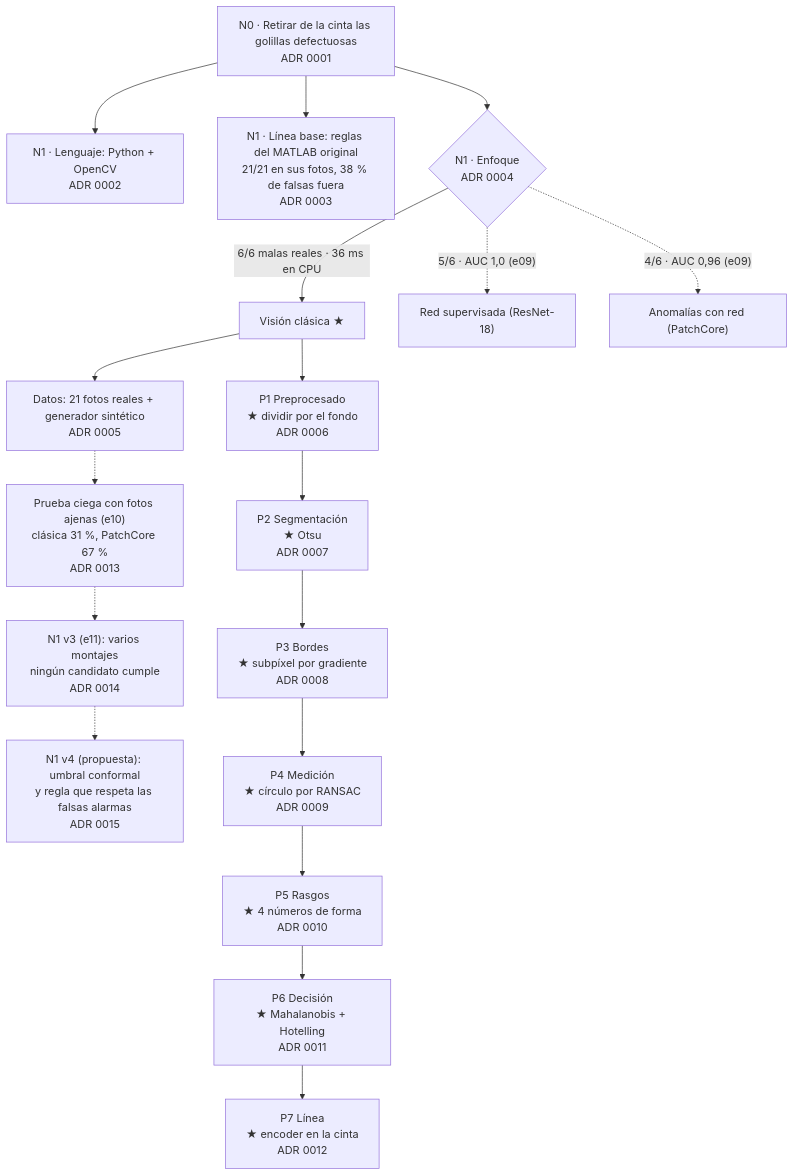
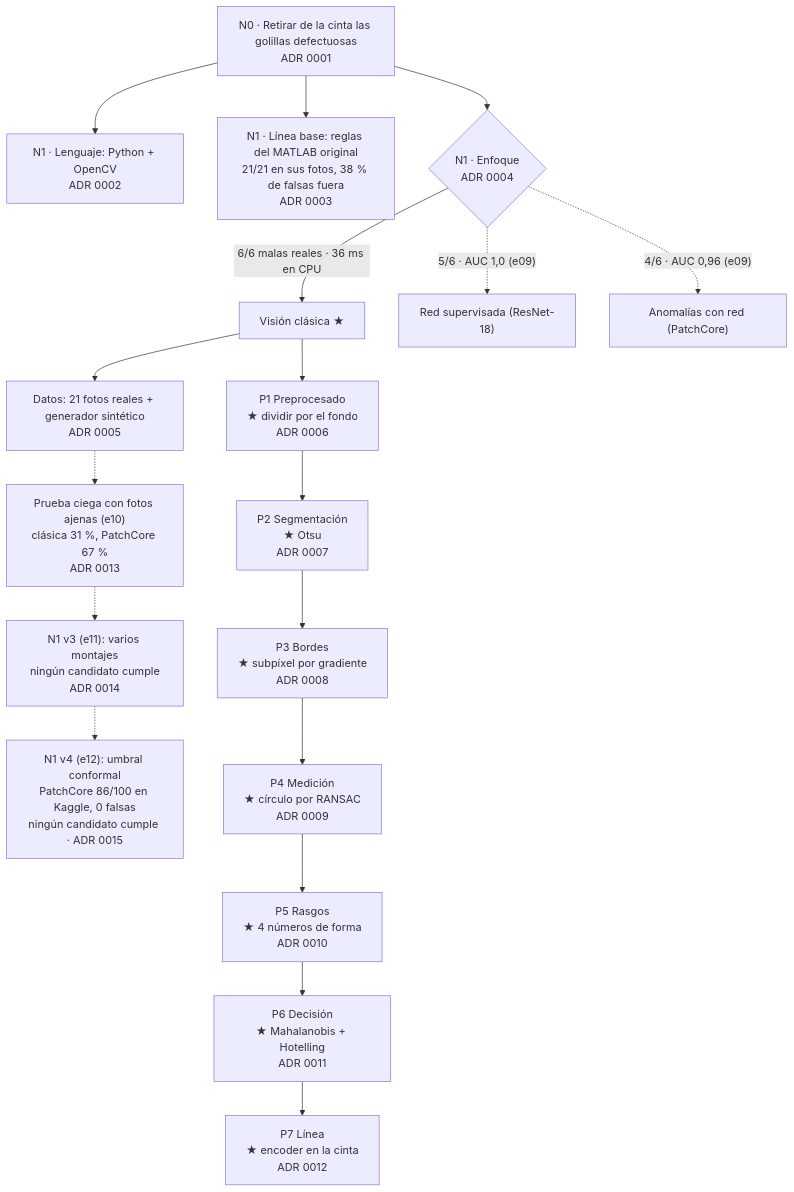
Before and after one commit to CarryMankeke/inspeccion-golillas: the diagram in docs/arbol.md, drawn with Mermaid. The commit also changed 14 other files, not shown here.

````diff
--- a/docs/arbol.md
+++ b/docs/arbol.md
@@ -12,21 +12,21 @@
 ```mermaid
 flowchart TD
     N0["N0 · Retirar de la cinta las golillas defectuosas<br/>ADR 0001"]
     N0 --> L["N1 · Lenguaje: Python + OpenCV<br/>ADR 0002"]
     N0 --> B["N1 · Línea base: reglas del MATLAB original<br/>21/21 en sus fotos, 38 % de falsas fuera<br/>ADR 0003"]
     N0 --> E{"N1 · Enfoque<br/>ADR 0004"}
     E -->|"6/6 malas reales · 36 ms en CPU"| C["Visión clásica ★"]
     E -.->|"5/6 · AUC 1,0 (e09)"| RS["Red supervisada (ResNet-18)"]
     E -.->|"4/6 · AUC 0,96 (e09)"| PC["Anomalías con red (PatchCore)"]
     C --> D["Datos: 21 fotos reales + generador sintético<br/>ADR 0005"]
     D -.-> DP["Prueba ciega con fotos ajenas (e10)<br/>clásica 31 %, PatchCore 67 %<br/>ADR 0013"]
     DP -.-> V3["N1 v3 (e11): varios montajes<br/>ningún candidato cumple<br/>ADR 0014"]
-    V3 -.-> V4["N1 v4 (propuesta): umbral conformal<br/>y regla que respeta las falsas alarmas<br/>ADR 0015"]
+    V3 -.-> V4["N1 v4 (e12): umbral conformal<br/>PatchCore 86/100 en Kaggle, 0 falsas<br/>ningún candidato cumple · ADR 0015"]
     C --> P1["P1 Preprocesado<br/>★ dividir por el fondo<br/>ADR 0006"]
     P1 --> P2["P2 Segmentación<br/>★ Otsu<br/>ADR 0007"]
     P2 --> P3["P3 Bordes<br/>★ subpíxel por gradiente<br/>ADR 0008"]
     P3 --> P4["P4 Medición<br/>★ círculo por RANSAC<br/>ADR 0009"]
     P4 --> P5["P5 Rasgos<br/>★ 4 números de forma<br/>ADR 0010"]
     P5 --> P6["P6 Decisión<br/>★ Mahalanobis + Hotelling<br/>ADR 0011"]
     P6 --> P7["P7 Línea<br/>★ encoder en la cinta<br/>ADR 0012"]
 ```
````
